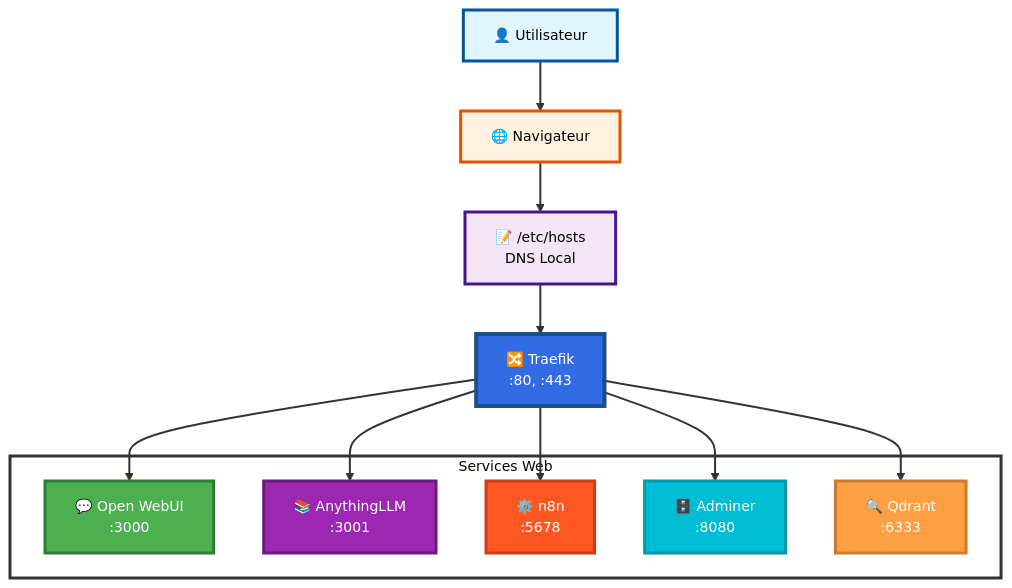
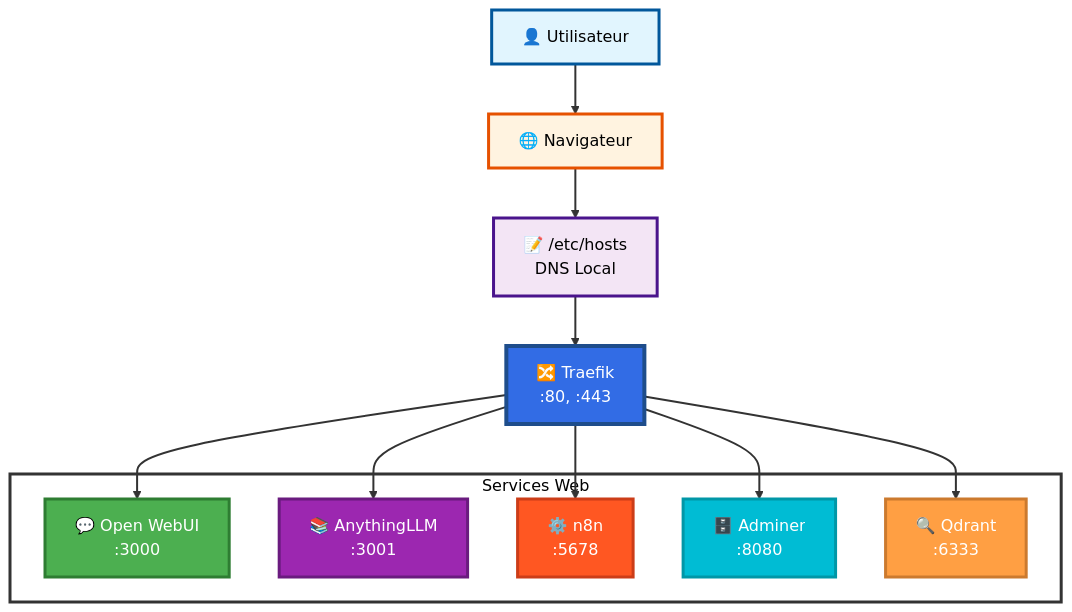
Before and after one commit to MPFabio/Stack-IA: diagram 11 of 14 in docs/ARCHITECTURE.md, drawn with Mermaid. The commit also changed other lines of this file, not shown here.

First line of the commit message:
feat(docs): Fonds colorés sur TOUS les diagrammes

````diff
--- a/docs/ARCHITECTURE.md
+++ b/docs/ARCHITECTURE.md
@@ -777,38 +777,38 @@
 ```mermaid
-%%{init: {'theme':'base', 'themeVariables': { 'fontSize':'14px'}}}%%
+%%{init: {'theme':'base', 'themeVariables': {'background':'#f3e5f5','mainBkg':'#f3e5f5','primaryTextColor':'#000','secondaryTextColor':'#000','tertiaryTextColor':'#000','lineColor':'#000','textColor':'#000'}}}%%
 graph TB
     USER["👤 Utilisateur"]
     BROWSER["🌐 Navigateur"]
     HOSTS["📝 /etc/hosts<br/>DNS Local"]
     TRAEFIK["🔀 Traefik<br/>:80, :443"]
     
     subgraph SERVICES["Services Web"]
         WEBUI["💬 Open WebUI<br/>:3000"]
         ANYTHING["📚 AnythingLLM<br/>:3001"]
         N8N["⚙️ n8n<br/>:5678"]
         ADMINER["🗄️ Adminer<br/>:8080"]
         QDRANT_UI["🔍 Qdrant<br/>:6333"]
     end
     
     USER --> BROWSER
     BROWSER --> HOSTS
     HOSTS --> TRAEFIK
     TRAEFIK ==> WEBUI
     TRAEFIK ==> ANYTHING
     TRAEFIK ==> N8N
     TRAEFIK ==> ADMINER
     TRAEFIK ==> QDRANT_UI
     
     style USER fill:#e1f5fe,stroke:#01579b,stroke-width:3px,color:#000
     style BROWSER fill:#fff3e0,stroke:#e65100,stroke-width:3px,color:#000
     style HOSTS fill:#f3e5f5,stroke:#4a148c,stroke-width:3px,color:#000
     style TRAEFIK fill:#326ce5,stroke:#1e4d8b,stroke-width:4px,color:#fff
     style WEBUI fill:#4CAF50,stroke:#2e7d32,stroke-width:3px,color:#fff
     style ANYTHING fill:#9C27B0,stroke:#6a1b7f,stroke-width:3px,color:#fff
     style N8N fill:#FF5722,stroke:#cc3d18,stroke-width:3px,color:#fff
     style ADMINER fill:#00BCD4,stroke:#0097a7,stroke-width:3px,color:#fff
     style QDRANT_UI fill:#ff9f43,stroke:#cc7a2e,stroke-width:3px,color:#fff
     style SERVICES fill:#ffffff,stroke:#333,stroke-width:3px
     
     linkStyle default stroke:#333,stroke-width:2px
 ```
````
